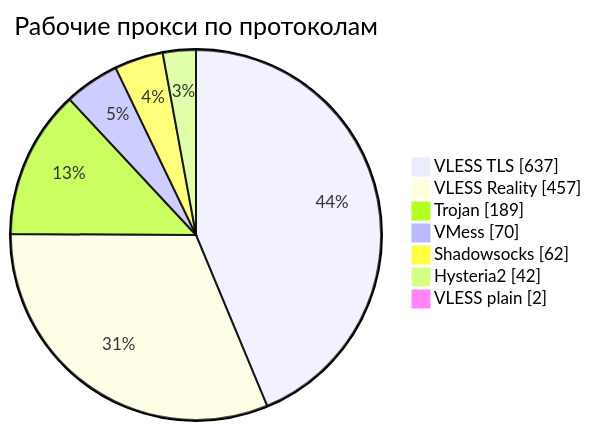
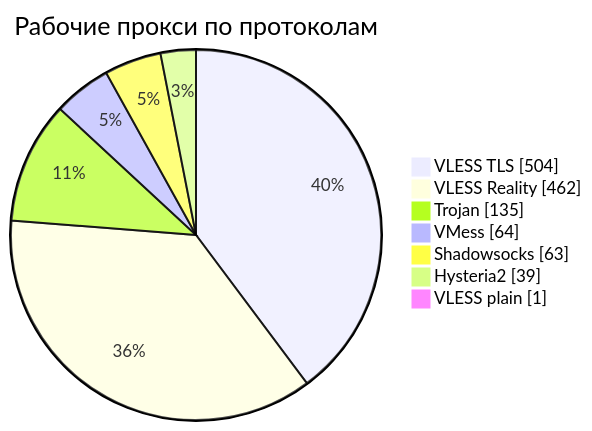
One commit to rvvg/proxy-subs changed the third of 4 diagrams in README.md. Above: the diagram before and after it, drawn with Mermaid. The commit also changed other lines of this file and 56 other files, not shown here.

````diff
--- a/README.md
+++ b/README.md
@@ -141,11 +144,11 @@
 ```mermaid
 pie showData
     title Рабочие прокси по протоколам
-    "VLESS TLS" : 637
-    "VLESS Reality" : 457
-    "Trojan" : 189
-    "VMess" : 70
-    "Shadowsocks" : 62
-    "Hysteria2" : 42
-    "VLESS plain" : 2
+    "VLESS TLS" : 504
+    "VLESS Reality" : 462
+    "Trojan" : 135
+    "VMess" : 64
+    "Shadowsocks" : 63
+    "Hysteria2" : 39
+    "VLESS plain" : 1
 ```
````
